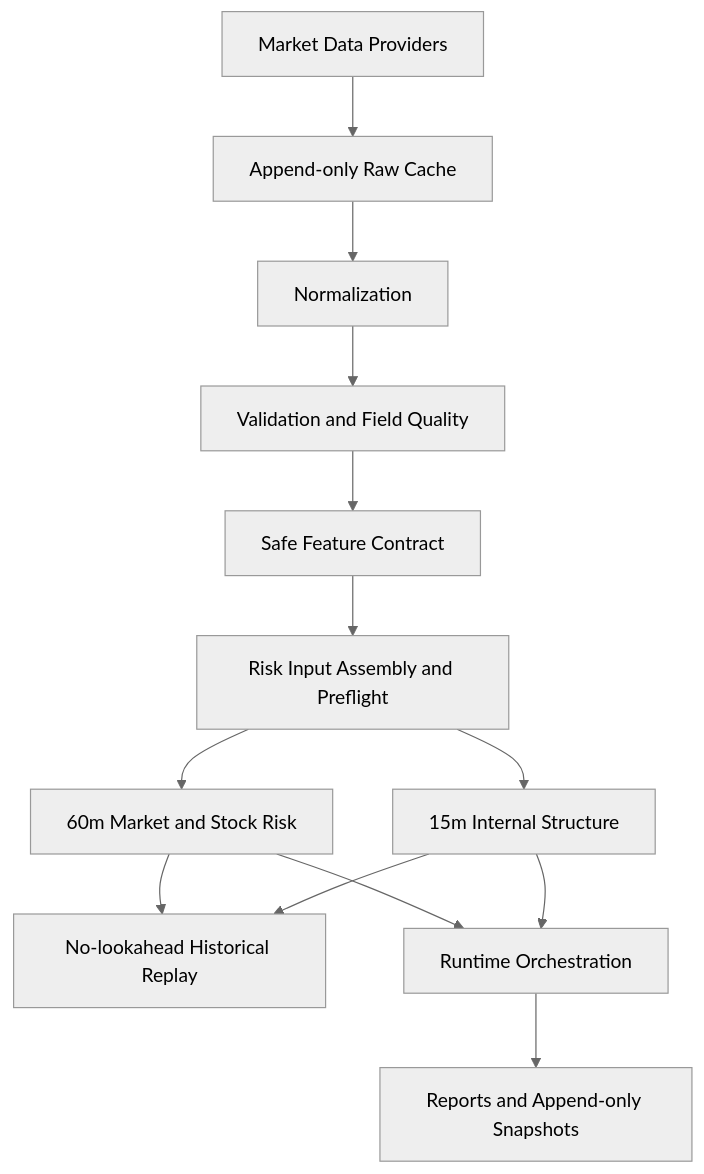
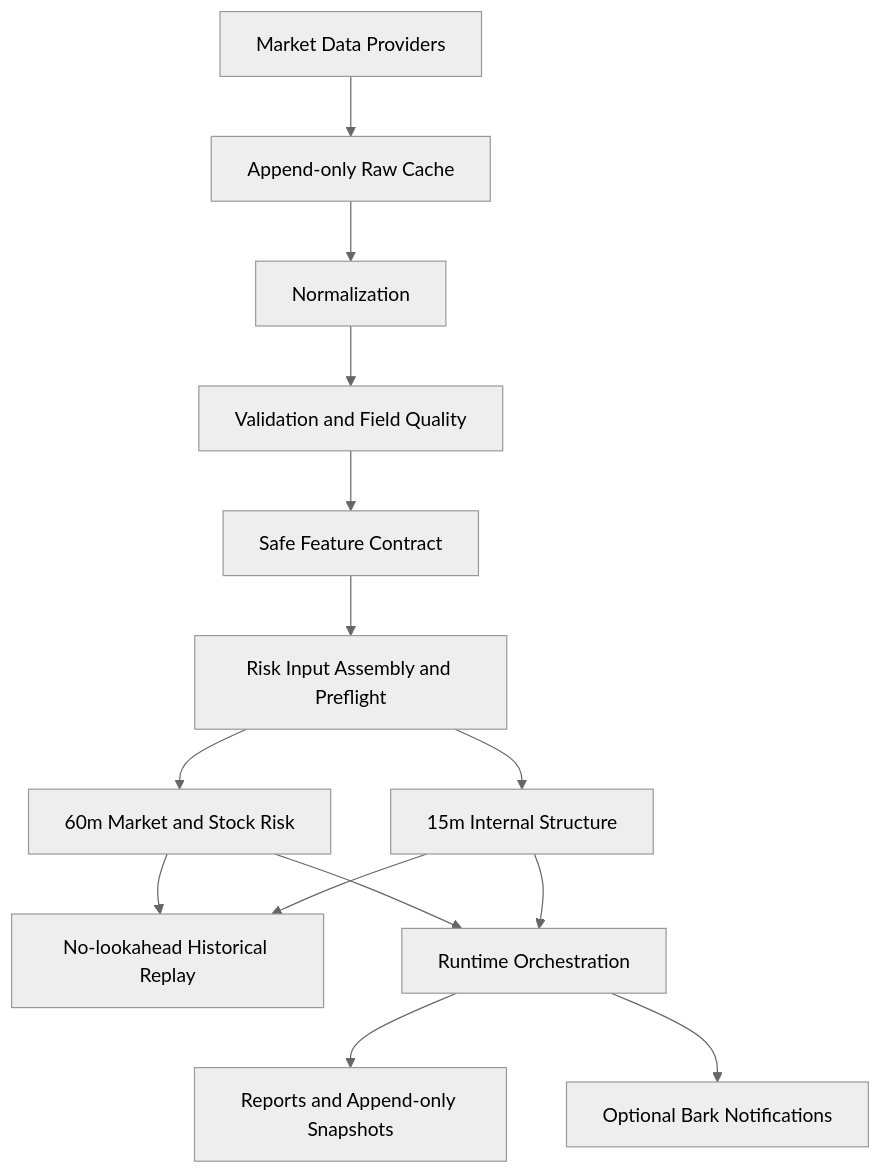
The diagram in README.md (nicholas1009/TrendMonitor), drawn with Mermaid (neutral theme) before and after one commit. The commit also changed other lines of this file and 20 other files, not shown here.

Commit message:
Add Bark notifications and Chinese presentation

````diff
--- a/README.md
+++ b/README.md
@@ -34,27 +34,29 @@
 ```mermaid
 flowchart TD
     A[Market Data Providers]
     B[Append-only Raw Cache]
     C[Normalization]
     D[Validation and Field Quality]
     E[Safe Feature Contract]
     F[Risk Input Assembly and Preflight]
     G[60m Market and Stock Risk]
     H[15m Internal Structure]
     I[No-lookahead Historical Replay]
     J[Runtime Orchestration]
     K[Reports and Append-only Snapshots]
+    L[Optional Bark Notifications]
 
     A --> B
     B --> C
     C --> D
     D --> E
     E --> F
     F --> G
     F --> H
     G --> I
     H --> I
     G --> J
     H --> J
     J --> K
+    J --> L
 ```
````
